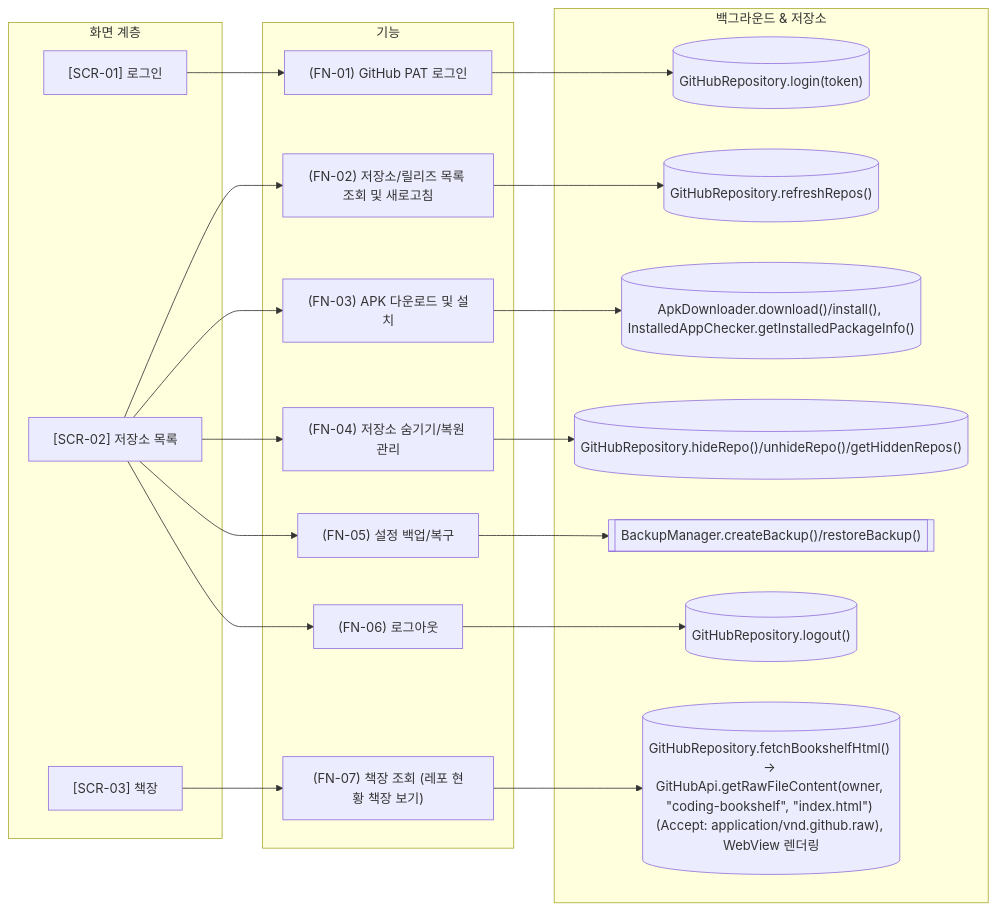
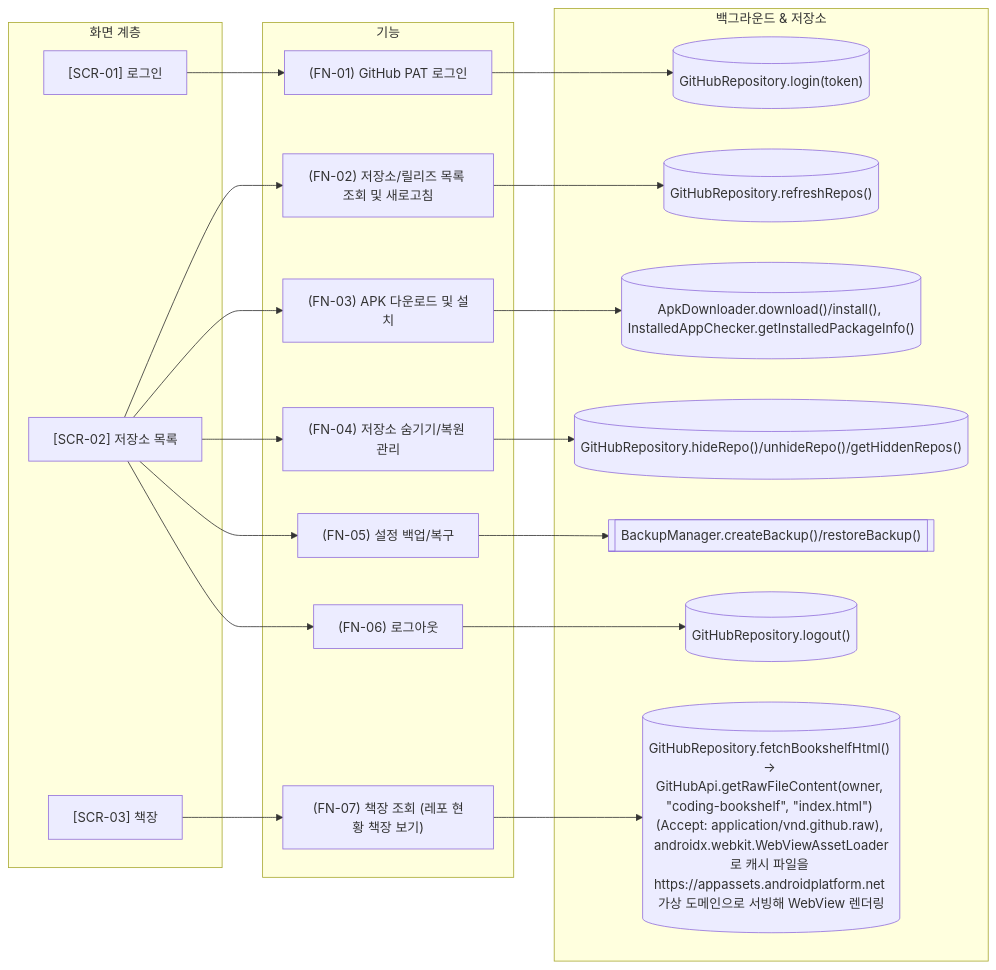
Before and after one commit to joahani3/apkchecker: the diagram in ARCHITECTURE.md, drawn with Mermaid. The commit also changed other lines of this file and 4 other files, not shown here.

First line of the commit message:
Fix bookshelf WebView net::ERR_ACCESS_DENIED; bump to 3.13

````diff
--- a/ARCHITECTURE.md
+++ b/ARCHITECTURE.md
@@ -27,43 +27,43 @@
 ```mermaid
 graph LR
     subgraph Screens ["화면 계층"]
         SCR-01["[SCR-01] 로그인"]
         SCR-02["[SCR-02] 저장소 목록"]
         SCR-03["[SCR-03] 책장"]
     end
 
     subgraph Features ["기능"]
         FN-01["(FN-01) GitHub PAT 로그인"]
         FN-02["(FN-02) 저장소/릴리즈 목록 조회 및 새로고침"]
         FN-03["(FN-03) APK 다운로드 및 설치"]
         FN-04["(FN-04) 저장소 숨기기/복원 관리"]
         FN-05["(FN-05) 설정 백업/복구"]
         FN-06["(FN-06) 로그아웃"]
         FN-07["(FN-07) 책장 조회 (레포 현황 책장 보기)"]
     end
 
     subgraph DataService ["백그라운드 &amp; 저장소"]
         FN-01_DATA[("GitHubRepository.login(token)")]
         FN-02_DATA[("GitHubRepository.refreshRepos()")]
         FN-03_DATA[("ApkDownloader.download()/install(), InstalledAppChecker.getInstalledPackageInfo()")]
         FN-04_DATA[("GitHubRepository.hideRepo()/unhideRepo()/getHiddenRepos()")]
         FN-05_DATA[["BackupManager.createBackup()/restoreBackup()"]]
         FN-06_DATA[("GitHubRepository.logout()")]
-        FN-07_DATA[("GitHubRepository.fetchBookshelfHtml() → GitHubApi.getRawFileContent(owner, &quot;coding-bookshelf&quot;, &quot;index.html&quot;) (Accept: application/vnd.github.raw), WebView 렌더링")]
+        FN-07_DATA[("GitHubRepository.fetchBookshelfHtml() → GitHubApi.getRawFileContent(owner, &quot;coding-bookshelf&quot;, &quot;index.html&quot;) (Accept: application/vnd.github.raw), androidx.webkit.WebViewAssetLoader로 캐시 파일을 https://appassets.androidplatform.net 가상 도메인으로 서빙해 WebView 렌더링")]
     end
 
     SCR-01 --> FN-01
     FN-01 --> FN-01_DATA
     SCR-02 --> FN-02
     FN-02 --> FN-02_DATA
     SCR-02 --> FN-03
     FN-03 --> FN-03_DATA
     SCR-02 --> FN-04
     FN-04 --> FN-04_DATA
     SCR-02 --> FN-05
     FN-05 --> FN-05_DATA
     SCR-02 --> FN-06
     FN-06 --> FN-06_DATA
     SCR-03 --> FN-07
     FN-07 --> FN-07_DATA
 ```
````
